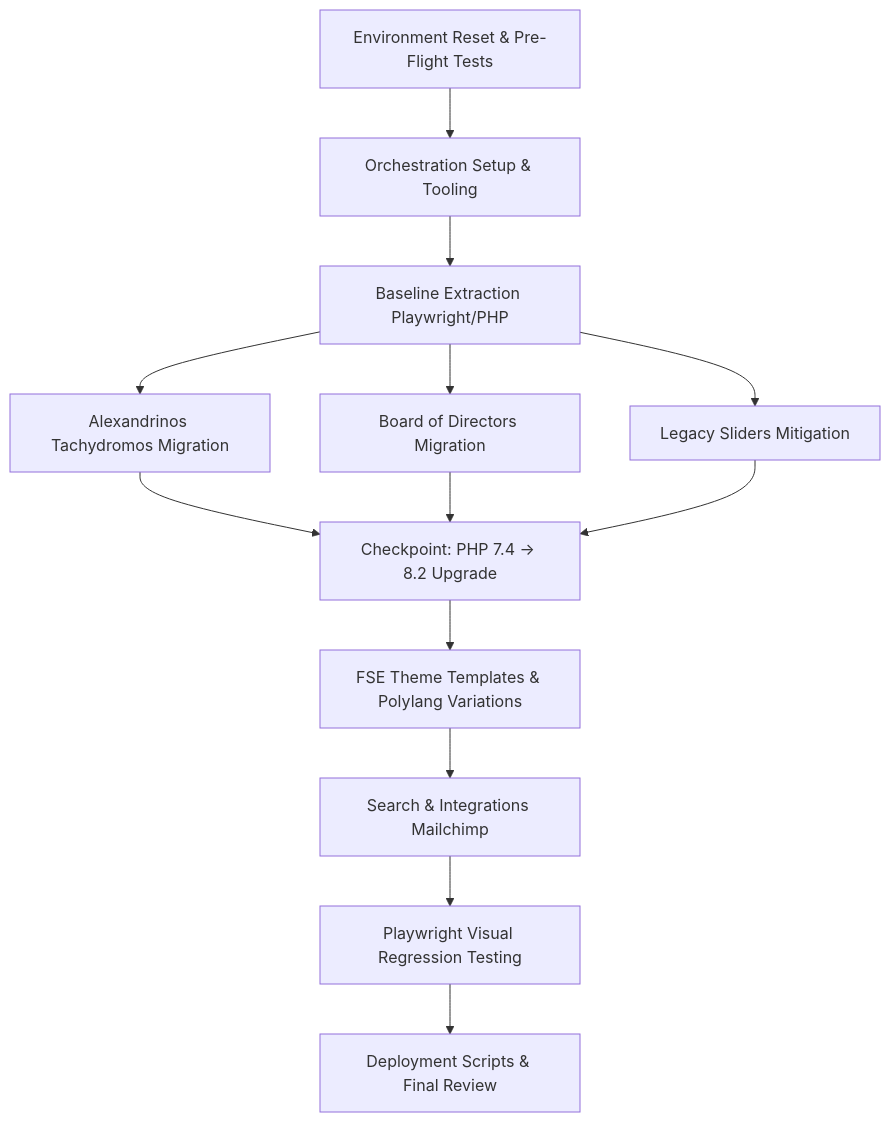
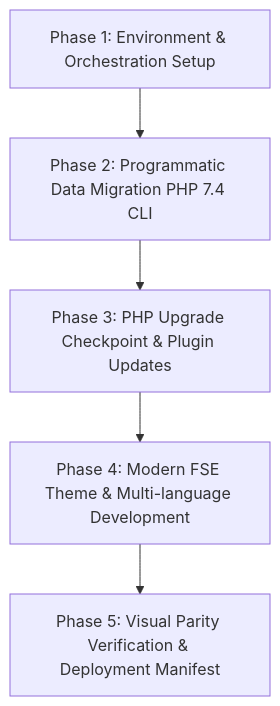
The diagram in ai-work/tasks/EKA-PORTAL-MIGRATION-AGY-plan.md (alexseif/ekalexandria-flagship), drawn with Mermaid before and after one commit. The commit also changed other lines of this file, not shown here.

Commit message:
chore: update migration plan to include reset-env.sh updates and reuse orchestration

````diff
--- a/ai-work/tasks/EKA-PORTAL-MIGRATION-AGY-plan.md
+++ b/ai-work/tasks/EKA-PORTAL-MIGRATION-AGY-plan.md
@@ -4,15 +14,7 @@
 ```mermaid
 graph TD
-    A[Environment Reset & Pre-Flight Tests] --> B[Orchestration Setup & Tooling]
-    B --> C[Baseline Extraction Playwright/PHP]
-    C --> D[Alexandrinos Tachydromos Migration]
-    C --> E[Board of Directors Migration]
-    C --> F[Legacy Sliders Mitigation]
-    D --> G[Checkpoint: PHP 7.4 -> 8.2 Upgrade]
-    E --> G
-    F --> G
-    G --> H[FSE Theme Templates & Polylang Variations]
-    H --> I[Search & Integrations Mailchimp]
-    I --> J[Playwright Visual Regression Testing]
-    J --> K[Deployment Scripts & Final Review]
+    P1[Phase 1: Environment & Orchestration Setup] --> P2[Phase 2: Programmatic Data Migration PHP 7.4 CLI]
+    P2 --> P3[Phase 3: PHP Upgrade Checkpoint & Plugin Updates]
+    P3 --> P4[Phase 4: Modern FSE Theme & Multi-language Development]
+    P4 --> P5[Phase 5: Visual Parity Verification & Deployment Manifest]
 ```
````
